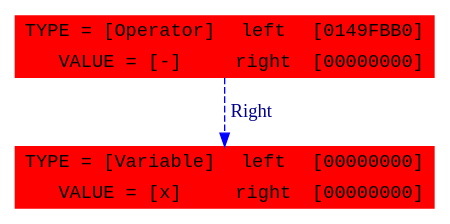
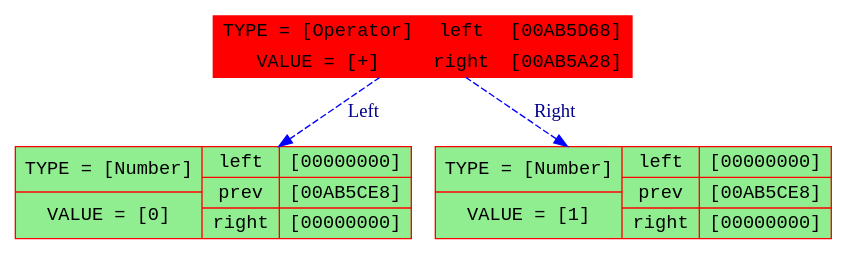
Before and after one commit to Hollbrok/Differentiator: the diagram in exe and txt-files/dump.dot, drawn with Graphviz. The commit also changed 3 other files, not shown here.

```diff
--- a/exe and txt-files/dump.dot
+++ b/exe and txt-files/dump.dot
@@ -1,7 +1,9 @@
-digraph main_differenciator {
+digraph differenciator {
 node [color = Red, fontname = Courier, style = filled, shape=record, fillcolor = purple]
 edge [color = Blue, style=dashed]
-"0149FBB0" [label = "{<f0> TYPE = [Variable] | VALUE = [x]}| {<f1> left| right}| {<f2> [00000000]| [00000000]}",style = filled, fillcolor = red] 
-"0149FB70" -> "0149FBB0" [label="Right", fontcolor=darkblue]
-"0149FB70" [label = "{<f0> TYPE = [Operator] | VALUE = [-]}| {<f1> left| right}| {<f2> [0149FBB0]| [00000000]}",style = filled, fillcolor = red] 
+"00AB5A28" [label = "{<f0> TYPE = [Number] | VALUE = [0]}| {<f1> left| <here> prev| right}| {<f2> [00000000]| [00AB5CE8]| [00000000]}",style = filled, fillcolor = lightgreen] 
+"00AB5CE8" -> "00AB5A28" [label="Left", fontcolor=darkblue]
+"00AB5D68" [label = "{<f0> TYPE = [Number] | VALUE = [1]}| {<f1> left| <here> prev| right}| {<f2> [00000000]| [00AB5CE8]| [00000000]}",style = filled, fillcolor = lightgreen] 
+"00AB5CE8" -> "00AB5D68" [label="Right", fontcolor=darkblue]
+"00AB5CE8" [label = "{<f0> TYPE = [Operator] | VALUE = [+]}| {<f1> left| right}| {<f2> [00AB5D68]| [00AB5A28]}",style = filled, fillcolor = red] 
 }
```
